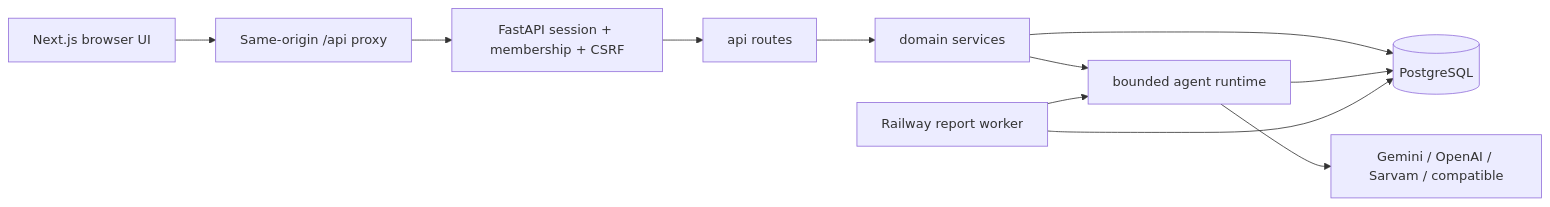
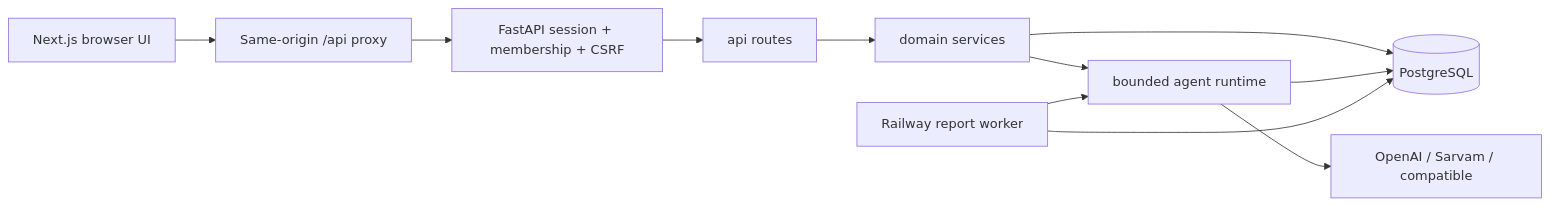
Before and after one commit to teja1729/interview-assistance: the diagram in docs/ARCHITECTURE.md, drawn with Mermaid. The commit also changed other lines of this file and 51 other files, not shown here.

Commit message:
Remove Gemini integrations and use Sarvam conversations

````diff
--- a/docs/ARCHITECTURE.md
+++ b/docs/ARCHITECTURE.md
@@ -14,13 +14,13 @@
 ```mermaid
 flowchart LR
   Browser[Next.js browser UI] --> Proxy[Same-origin /api proxy]
   Proxy --> Auth[FastAPI session + membership + CSRF]
   Auth --> Routes[api routes]
   Routes --> Services[domain services]
   Services --> PG[(PostgreSQL)]
   Services --> Runtime[bounded agent runtime]
-  Runtime --> Providers[Gemini / OpenAI / Sarvam / compatible]
+  Runtime --> Providers[OpenAI / Sarvam / compatible]
   Runtime --> PG
   Worker[Railway report worker] --> PG
   Worker --> Runtime
 ```
````
